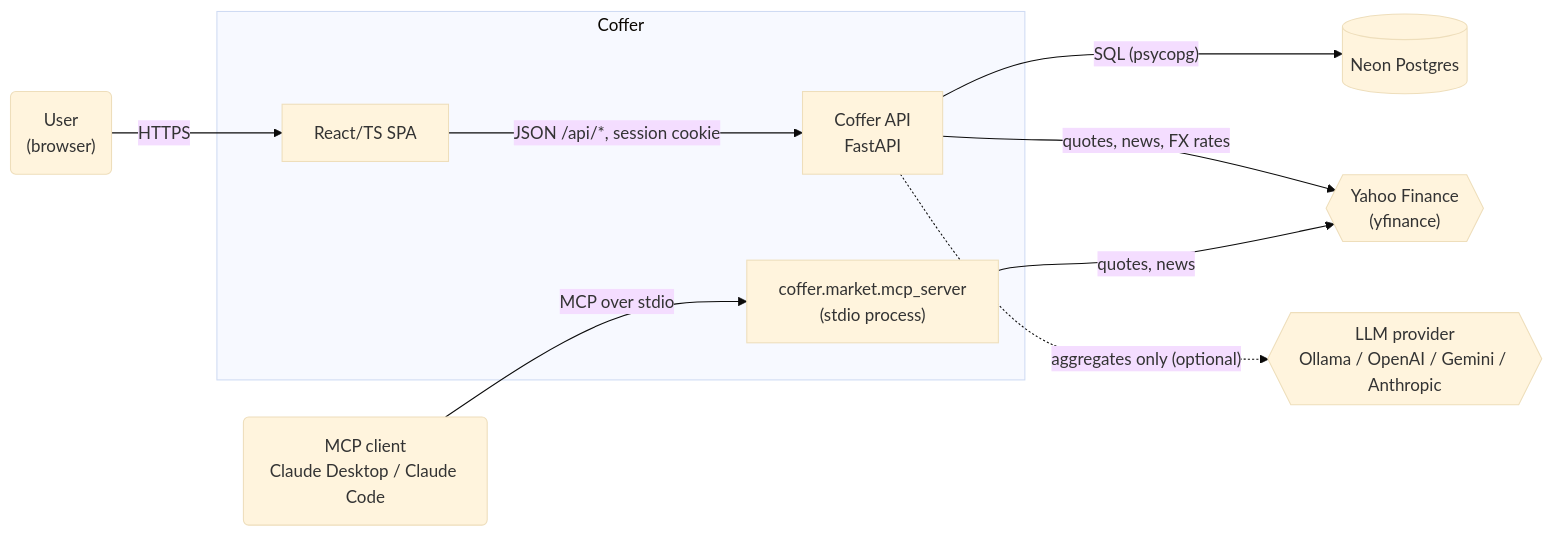
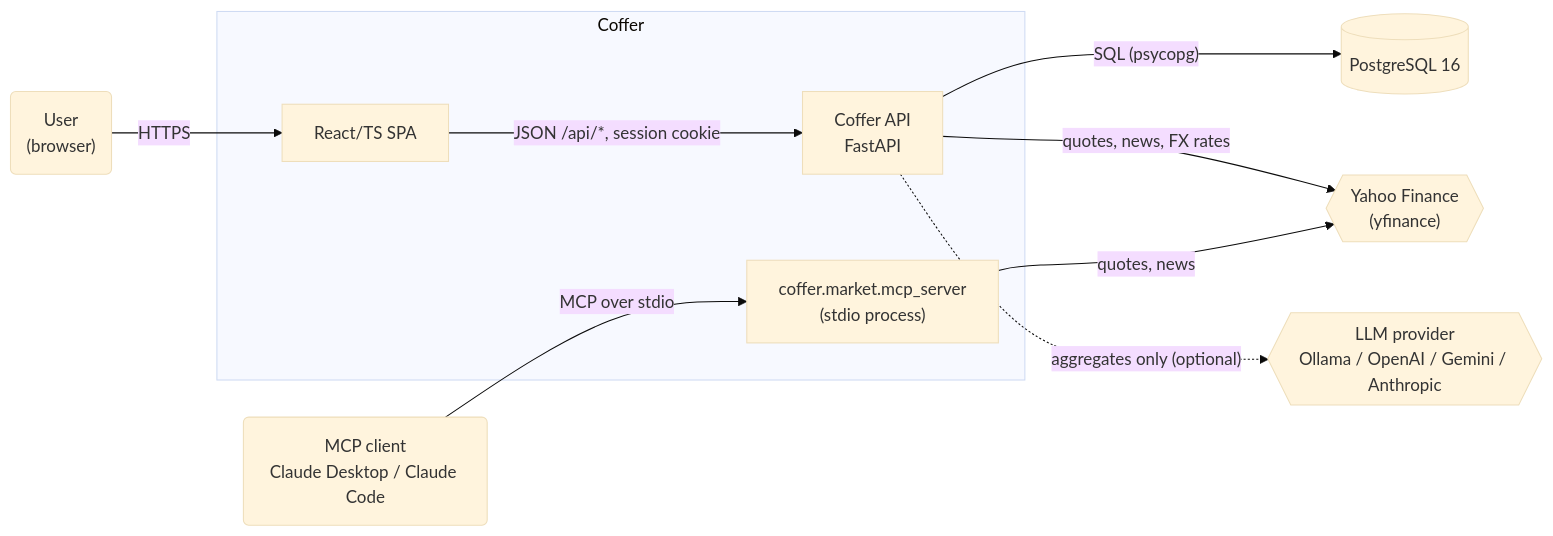
The first of 7 diagrams in docs/architecture.md (krzysztof-wojtowicz/coffer-demo), drawn with Mermaid (base theme) before and after one commit. The commit also changed other lines of this file and 29 other files, not shown here.

````diff
--- a/docs/architecture.md
+++ b/docs/architecture.md
@@ -47,23 +46,23 @@
 ```mermaid
 flowchart LR
     user("User<br/>(browser)")
     mcpclient("MCP client<br/>Claude Desktop / Claude Code")
 
     subgraph coffer_sys["Coffer"]
         web["React/TS SPA"]
         api["Coffer API<br/>FastAPI"]
         mcpsrv["coffer.market.mcp_server<br/>(stdio process)"]
     end
 
-    neon[("Neon Postgres")]
+    pg[("PostgreSQL 16")]
     yahoo{{"Yahoo Finance<br/>(yfinance)"}}
     llm{{"LLM provider<br/>Ollama / OpenAI / Gemini / Anthropic"}}
 
     user -->|"HTTPS"| web
     web -->|"JSON /api/*, session cookie"| api
-    api -->|"SQL (psycopg)"| neon
+    api -->|"SQL (psycopg)"| pg
     api -->|"quotes, news, FX rates"| yahoo
     api -.->|"aggregates only (optional)"| llm
     mcpclient -->|"MCP over stdio"| mcpsrv
     mcpsrv -->|"quotes, news"| yahoo
 ```
````
